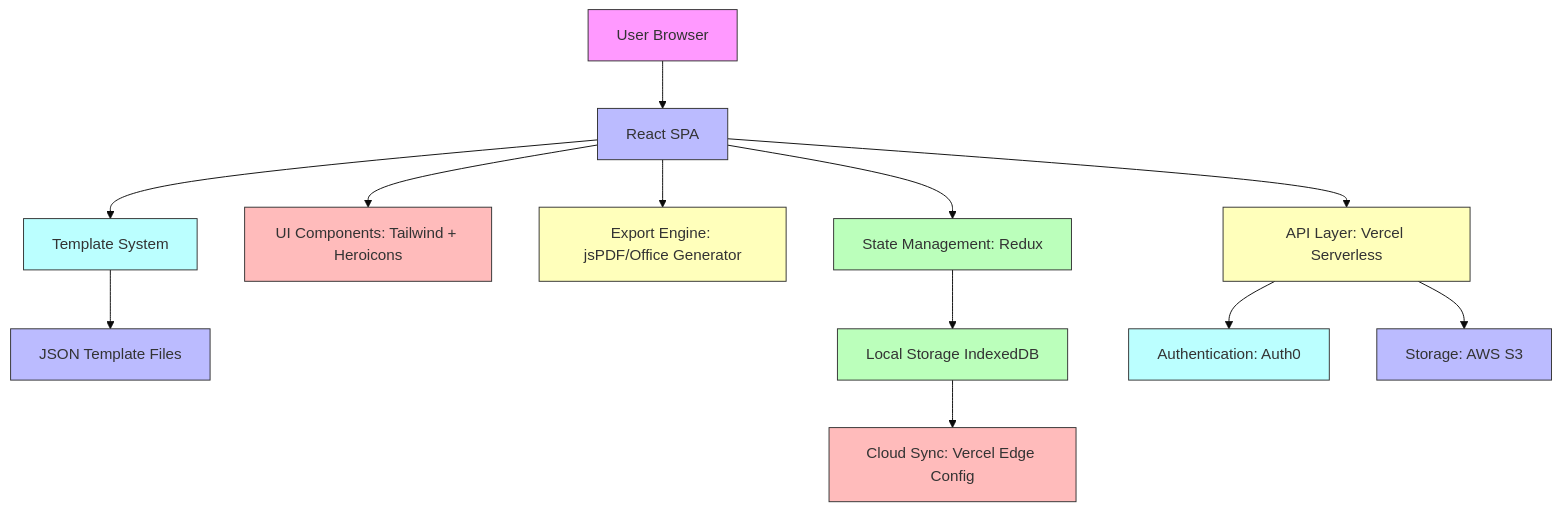
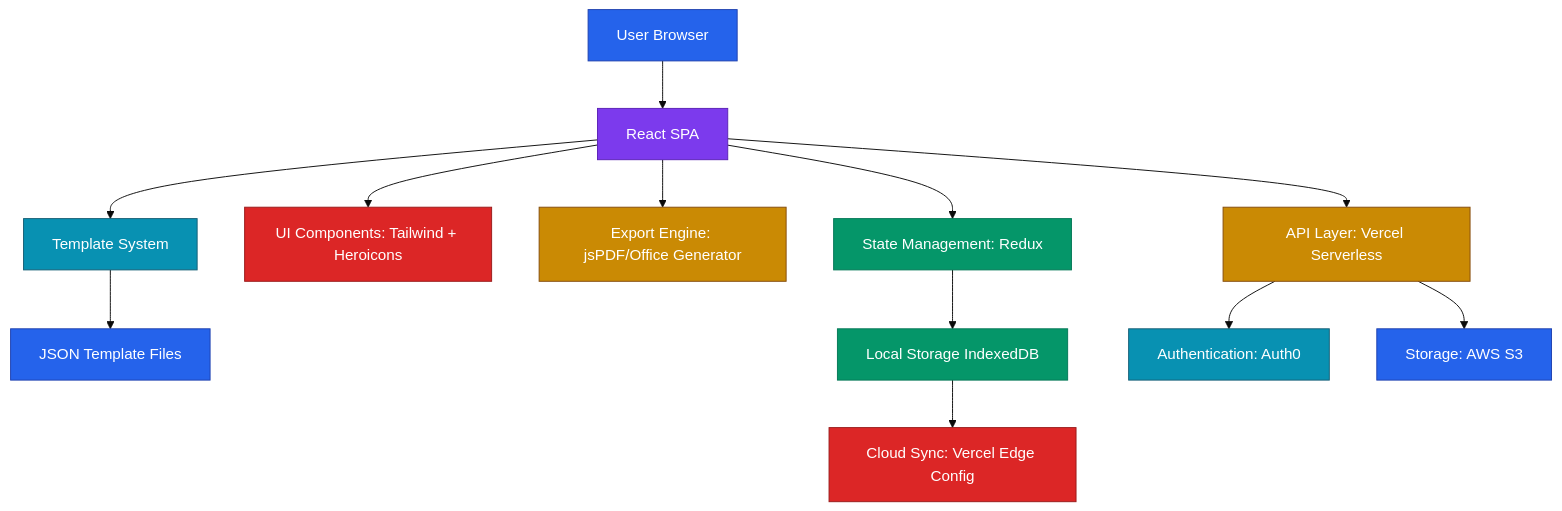
The diagram in README.md (Sooraj-Suresh-Dev/CV-Editor), drawn with Mermaid (base theme) before and after one commit.

Commit message:
Update README with project details and features

````diff
--- a/README.md
+++ b/README.md
@@ -46,26 +46,26 @@
 ```mermaid
 graph TD
     A[User Browser] --> B[React SPA]
     B --> C[State Management: Redux]
     B --> D[UI Components: Tailwind + Heroicons]
     B --> E[Export Engine: jsPDF/Office Generator]
     B --> F[Template System]
     F --> G[JSON Template Files]
     C --> H[Local Storage IndexedDB]
     H --> I[Cloud Sync: Vercel Edge Config]
     B --> J[API Layer: Vercel Serverless]
     J --> K[Authentication: Auth0]
     J --> L[Storage: AWS S3]
-    style A fill:#f9f,stroke:#333
-    style B fill:#bbf,stroke:#333
-    style C fill:#bfb,stroke:#333
-    style D fill:#fbb,stroke:#333
-    style E fill:#ffb,stroke:#333
-    style F fill:#bff,stroke:#333
-    style G fill:#bbf,stroke:#333
-    style H fill:#bfb,stroke:#333
-    style I fill:#fbb,stroke:#333
-    style J fill:#ffb,stroke:#333
-    style K fill:#bff,stroke:#333
-    style L fill:#bbf,stroke:#333
+    style A fill:#2563eb,color:#ffffff,stroke:#1e40af
+    style B fill:#7c3aed,color:#ffffff,stroke:#5b21b6
+    style C fill:#059669,color:#ffffff,stroke:#047857
+    style D fill:#dc2626,color:#ffffff,stroke:#991b1b
+    style E fill:#ca8a04,color:#ffffff,stroke:#854d0e
+    style F fill:#0891b2,color:#ffffff,stroke:#155e75
+    style G fill:#2563eb,color:#ffffff,stroke:#1e40af
+    style H fill:#059669,color:#ffffff,stroke:#047857
+    style I fill:#dc2626,color:#ffffff,stroke:#991b1b
+    style J fill:#ca8a04,color:#ffffff,stroke:#854d0e
+    style K fill:#0891b2,color:#ffffff,stroke:#155e75
+    style L fill:#2563eb,color:#ffffff,stroke:#1e40af
 ```
````
